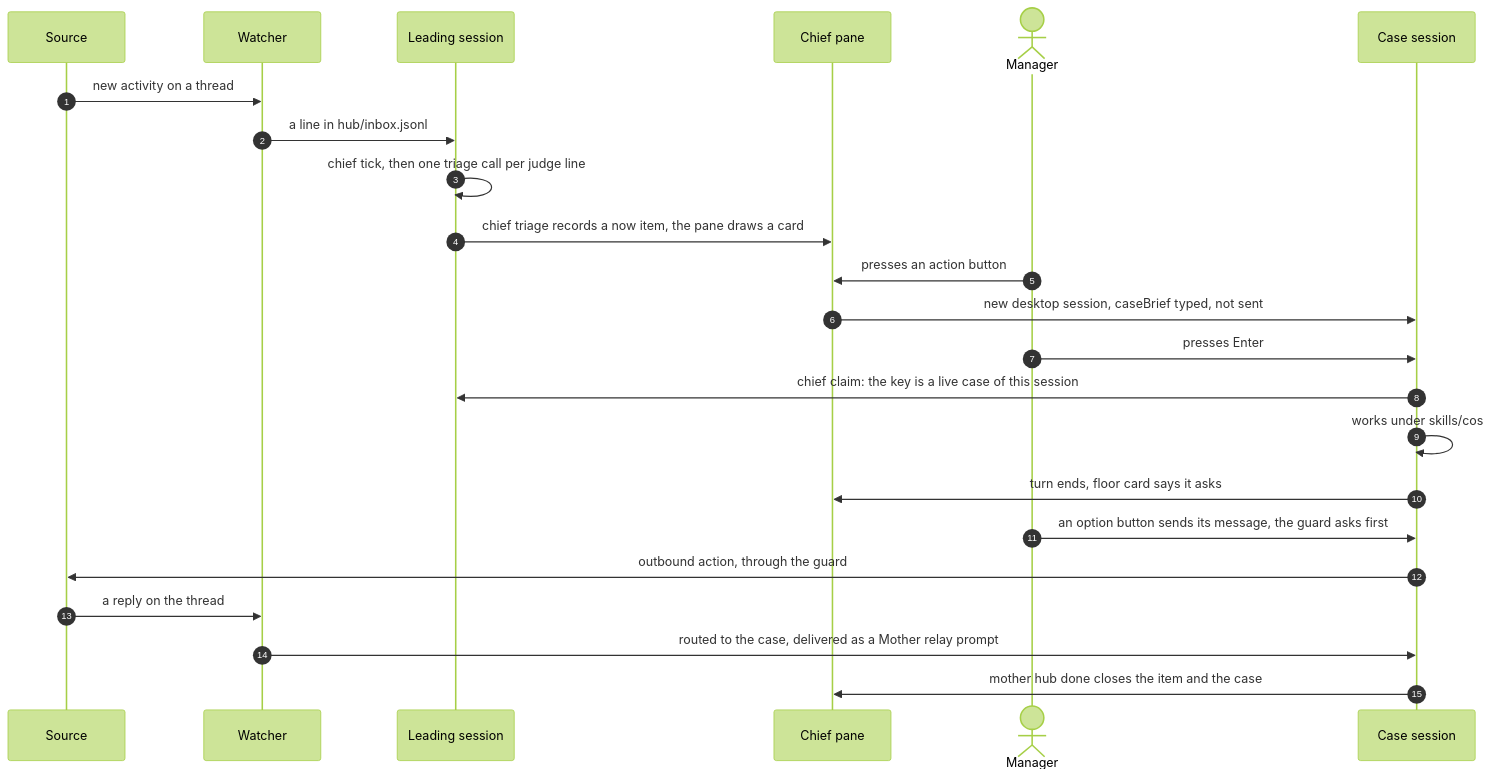
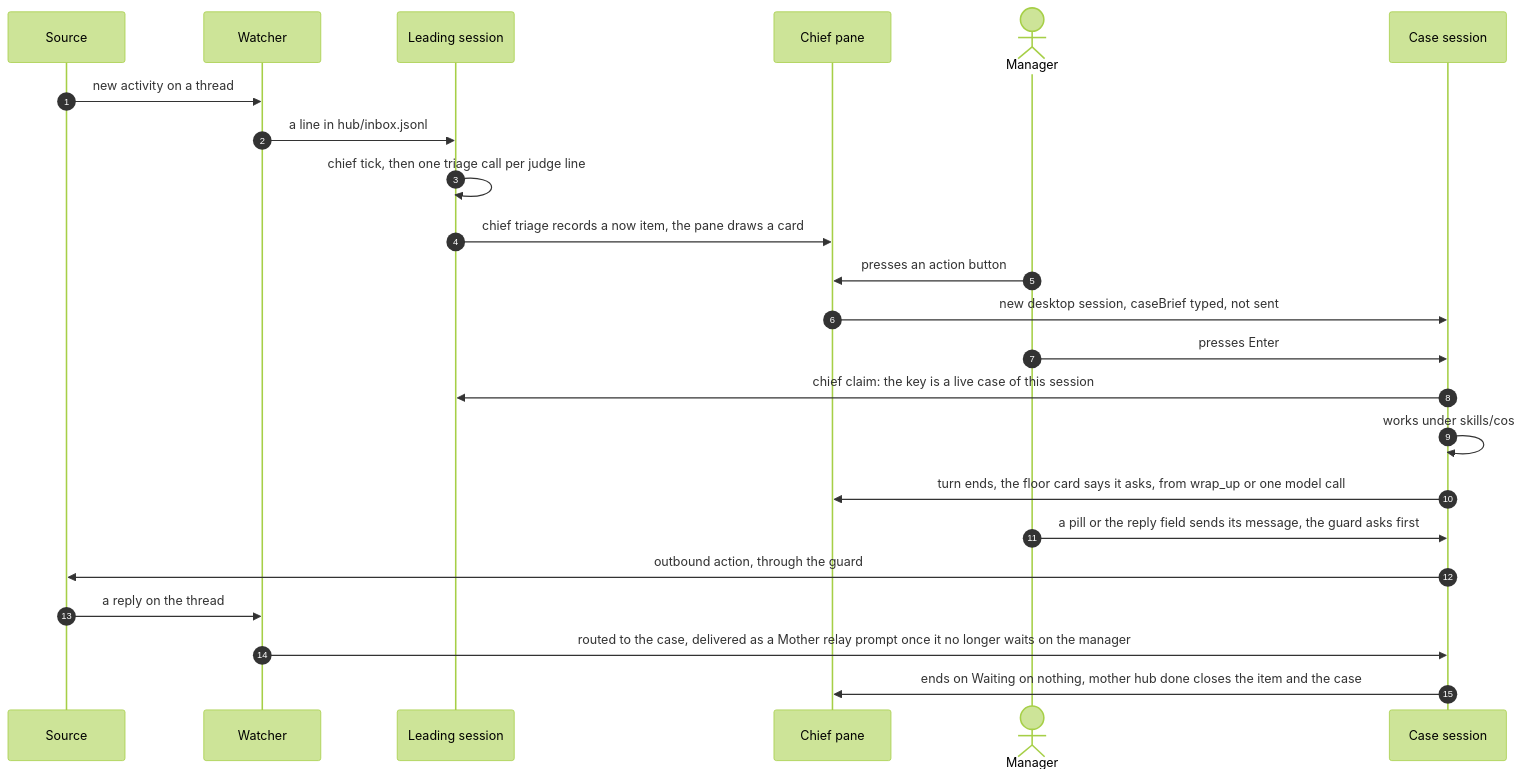
One commit to shayke-cohen/mother changed the second of 3 diagrams in ARCHITECTURE.md. Above: the diagram before and after it, drawn with Mermaid (forest theme). The commit also changed other lines of this file and 9 other files, not shown here.

First line of the commit message:
Docs: bring the README, guide, architecture, contract and mocks to 0.25.0 (#66)

````diff
--- a/ARCHITECTURE.md
+++ b/ARCHITECTURE.md
@@ -219,25 +238,25 @@
 ```mermaid
 sequenceDiagram
   autonumber
   participant S as Source
   participant W as Watcher
   participant L as Leading session
   participant P as Chief pane
   actor M as Manager
   participant C as Case session
   S->>W: new activity on a thread
   W->>L: a line in hub/inbox.jsonl
   L->>L: chief tick, then one triage call per judge line
   L->>P: chief triage records a now item, the pane draws a card
   M->>P: presses an action button
   P->>C: new desktop session, caseBrief typed, not sent
   M->>C: presses Enter
   C->>L: chief claim: the key is a live case of this session
   C->>C: works under skills/cos
-  C->>P: turn ends, floor card says it asks
-  M->>C: an option button sends its message, the guard asks first
+  C->>P: turn ends, the floor card says it asks, from wrap_up or one model call
+  M->>C: a pill or the reply field sends its message, the guard asks first
   C->>S: outbound action, through the guard
   S->>W: a reply on the thread
-  W->>C: routed to the case, delivered as a Mother relay prompt
-  C->>P: mother hub done closes the item and the case
+  W->>C: routed to the case, delivered as a Mother relay prompt once it no longer waits on the manager
+  C->>P: ends on Waiting on nothing, mother hub done closes the item and the case
 ```
````
